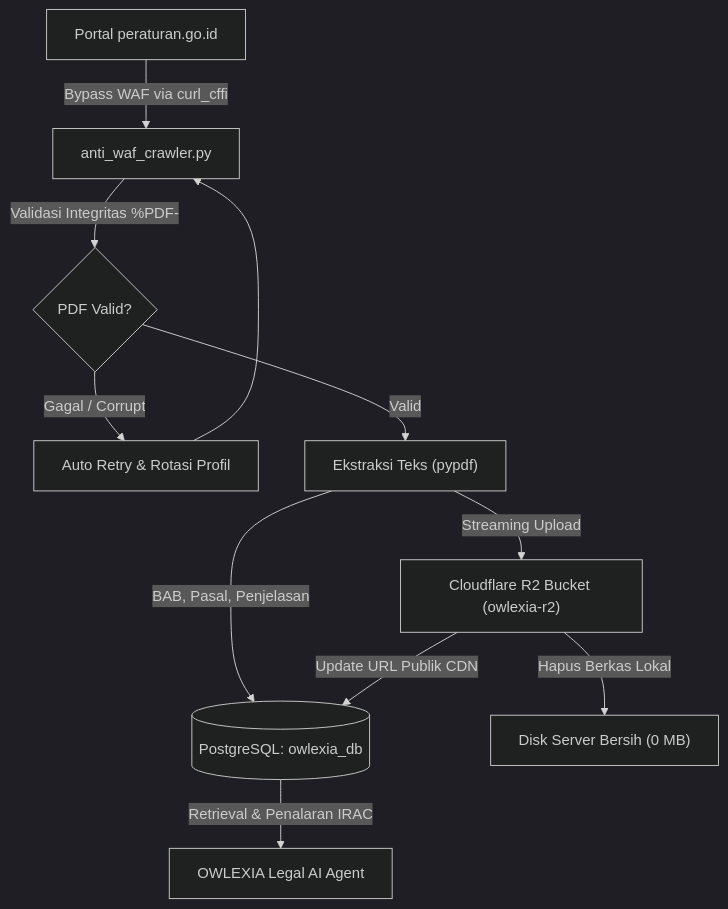
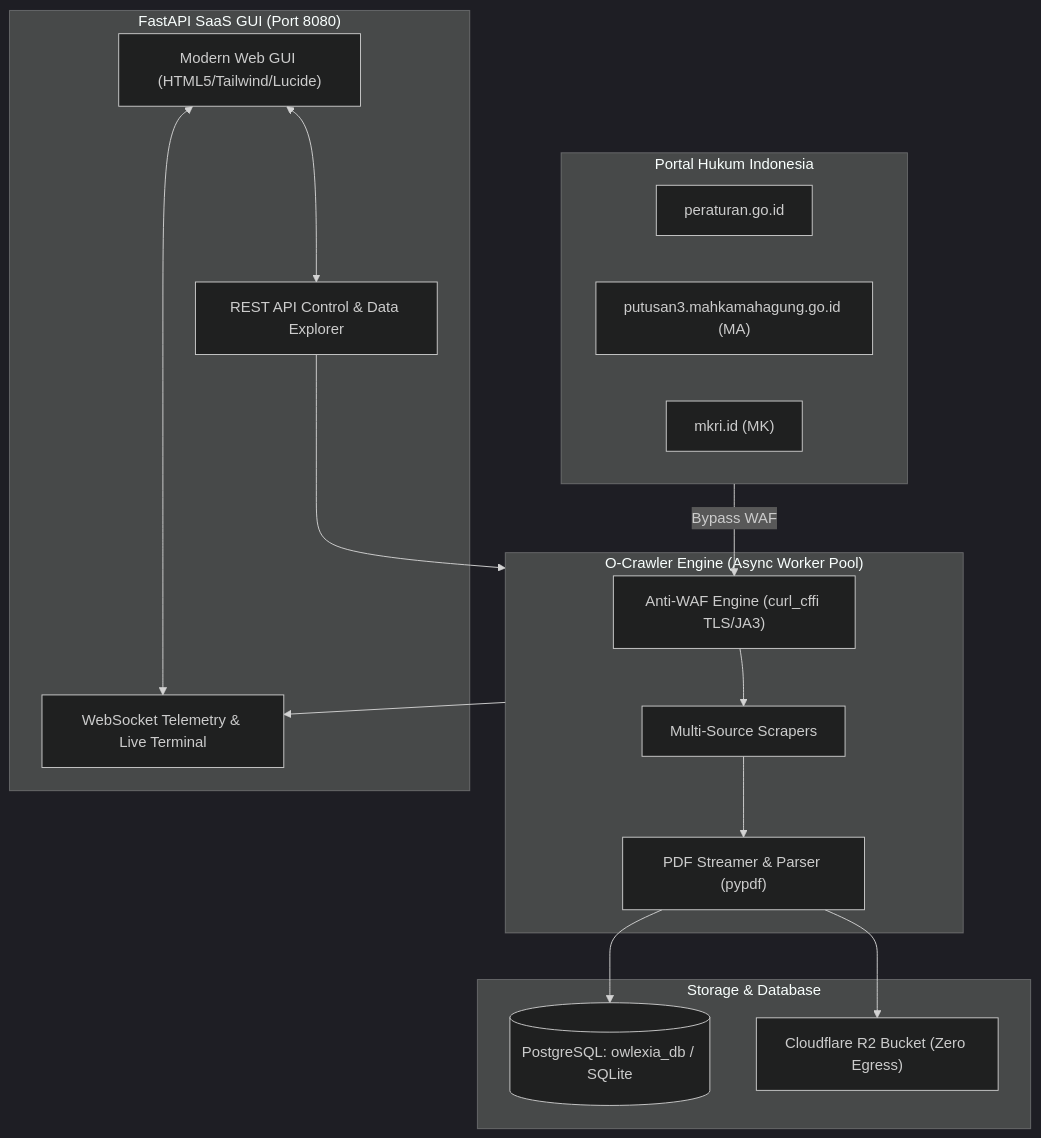
Before and after one commit to aryarifki/O-Crawler: the diagram in README.md, drawn with Mermaid (dark theme). The commit also changed other lines of this file and 14 other files, not shown here.

Commit message:
feat(saas): transform O-Crawler to high-speed SaaS GUI with MA & MK support

````diff
--- a/README.md
+++ b/README.md
@@ -32,13 +39,36 @@
 ```mermaid
 flowchart TD
-    A["Portal peraturan.go.id"] -->|Bypass WAF via curl_cffi| B["anti_waf_crawler.py"]
-    B -->|Validasi Integritas %PDF-| C{"PDF Valid?"}
-    C -->|Gagal / Corrupt| D["Auto Retry & Rotasi Profil"]
-    D --> B
-    C -->|Valid| E["Ekstraksi Teks (pypdf)"]
-    E -->|BAB, Pasal, Penjelasan| F[("PostgreSQL: owlexia_db")]
-    E -->|Streaming Upload| G["Cloudflare R2 Bucket (owlexia-r2)"]
-    G -->|Update URL Publik CDN| F
-    G -->|Hapus Berkas Lokal| H["Disk Server Bersih (0 MB)"]
-    F -->|Retrieval & Penalaran IRAC| I["OWLEXIA Legal AI Agent"]
+    subgraph Sources ["Portal Hukum Indonesia"]
+        A["peraturan.go.id"]
+        B["putusan3.mahkamahagung.go.id (MA)"]
+        C["mkri.id (MK)"]
+    end
+
+    subgraph Core ["O-Crawler Engine (Async Worker Pool)"]
+        WAF["Anti-WAF Engine (curl_cffi TLS/JA3)"]
+        Scraper["Multi-Source Scrapers"]
+        Parser["PDF Streamer & Parser (pypdf)"]
+    end
+
+    subgraph Interface ["FastAPI SaaS GUI (Port 8080)"]
+        GUI["Modern Web GUI (HTML5/Tailwind/Lucide)"]
+        WS["WebSocket Telemetry & Live Terminal"]
+        API["REST API Control & Data Explorer"]
+    end
+
+    subgraph Storage ["Storage & Database"]
+        DB[("PostgreSQL: owlexia_db / SQLite")]
+        R2["Cloudflare R2 Bucket (Zero Egress)"]
+    end
+
+    Sources -->|Bypass WAF| WAF
+    WAF --> Scraper
+    Scraper --> Parser
+    Parser --> DB
+    Parser --> R2
+
+    GUI <--> API
+    GUI <--> WS
+    API --> Core
+    Core --> WS
 ```
````
